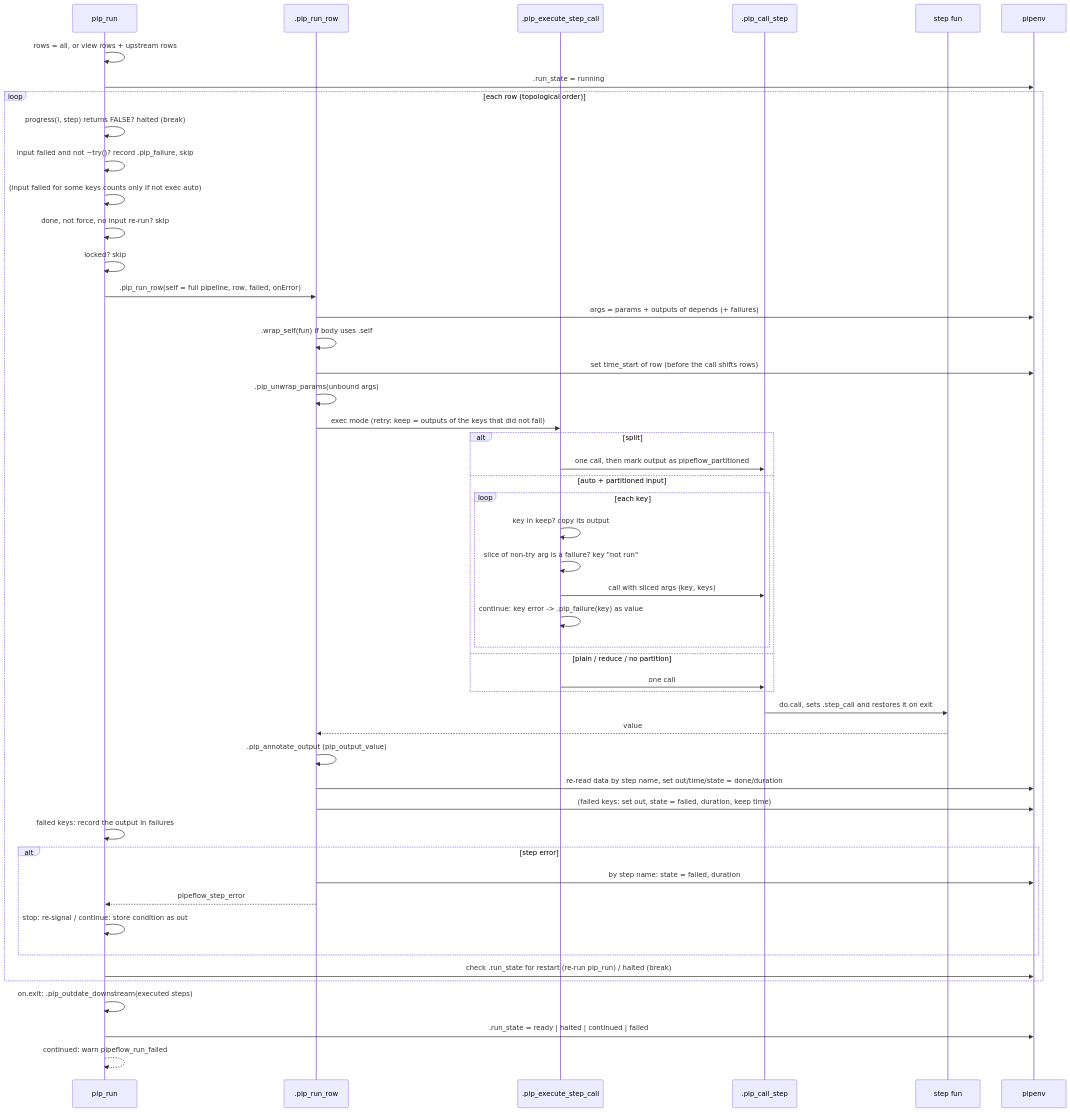
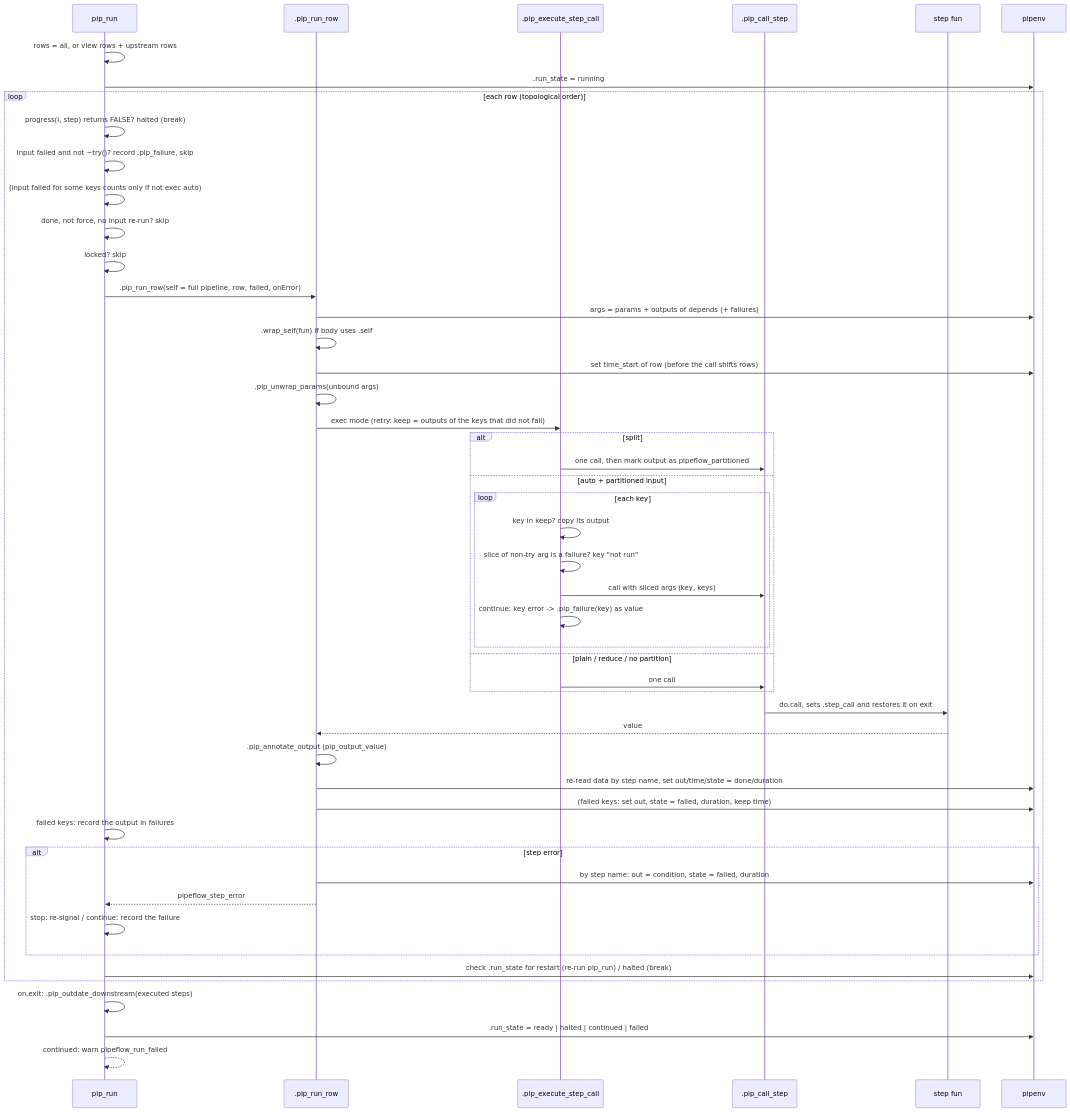
Before and after one commit to rpahl/pipeflow: the sixth of 8 diagrams in dev/pipeflow.md, drawn with Mermaid. The commit also changed other lines of this file and 4 other files, not shown here.

First line of the commit message:
fix: store the error of a step that fails in a stopped run as its output

````diff
--- a/dev/pipeflow.md
+++ b/dev/pipeflow.md
@@ -403,52 +403,52 @@
 ```mermaid
 sequenceDiagram
     participant R as pip_run
     participant RR as .pip_run_row
     participant X as .pip_execute_step_call
     participant C as .pip_call_step
     participant F as step fun
     participant E as pipenv
 
     R->>R: rows = all, or view rows + upstream rows
     R->>E: .run_state = running
     loop each row (topological order)
         R->>R: progress(i, step) returns FALSE? halted (break)
         R->>R: input failed and not ~try()? record .pip_failure, skip
         R->>R: (input failed for some keys counts only if not exec auto)
         R->>R: done, not force, no input re-run? skip
         R->>R: locked? skip
         R->>RR: .pip_run_row(self = full pipeline, row, failed, onError)
         RR->>E: args = params + outputs of depends (+ failures)
         RR->>RR: .wrap_self(fun) if body uses .self
         RR->>E: set time_start of row (before the call shifts rows)
         RR->>RR: .pip_unwrap_params(unbound args)
         RR->>X: exec mode (retry: keep = outputs of the keys that did not fail)
         alt split
             X->>C: one call, then mark output as pipeflow_partitioned
         else auto + partitioned input
             loop each key
                 X->>X: key in keep? copy its output
                 X->>X: slice of non-try arg is a failure? key "not run"
                 X->>C: call with sliced args (key, keys)
                 X->>X: continue: key error -> .pip_failure(key) as value
             end
         else plain / reduce / no partition
             X->>C: one call
         end
         C->>F: do.call, sets .step_call and restores it on exit
         F-->>RR: value
         RR->>RR: .pip_annotate_output (pip_output_value)
         RR->>E: re-read data by step name, set out/time/state = done/duration
         RR->>E: (failed keys: set out, state = failed, duration, keep time)
         R->>R: failed keys: record the output in failures
         alt step error
-            RR->>E: by step name: state = failed, duration
+            RR->>E: by step name: out = condition, state = failed, duration
             RR-->>R: pipeflow_step_error
-            R->>R: stop: re-signal / continue: store condition as out
+            R->>R: stop: re-signal / continue: record the failure
         end
         R->>E: check .run_state for restart (re-run pip_run) / halted (break)
     end
     R->>R: on.exit: .pip_outdate_downstream(executed steps)
     R->>E: .run_state = ready | halted | continued | failed
     R-->>R: continued: warn pipeflow_run_failed
 ```
````
